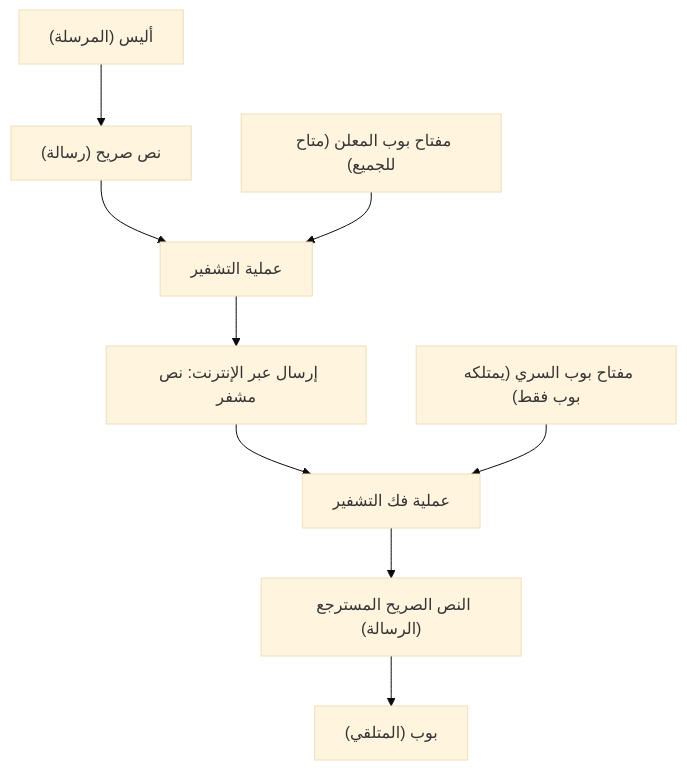
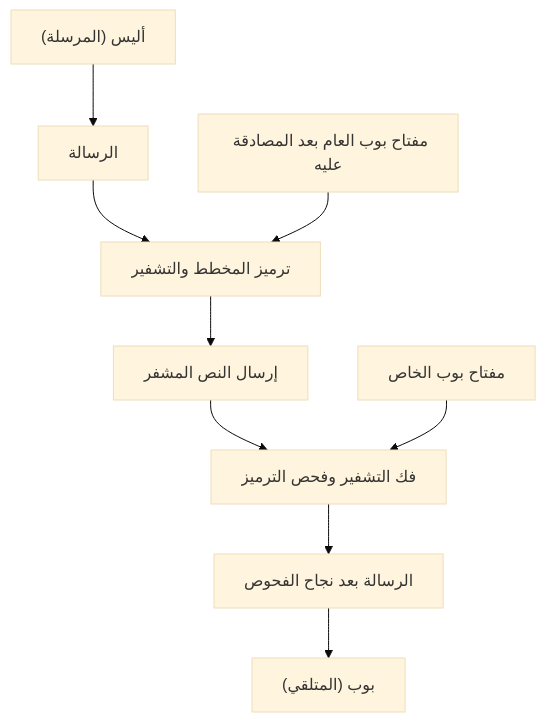
The first of 3 diagrams in content/post/rsa暗号の仕組みを高校生でもわかるように説明する/index.ar.md (kenjinote/blog), drawn with Mermaid (base theme) before and after one commit. The commit also changed other lines of this file and 5 other files, not shown here.

````diff
--- a/content/post/rsa暗号の仕組みを高校生でもわかるように説明する/index.ar.md
+++ b/content/post/rsa暗号の仕組みを高校生でもわかるように説明する/index.ar.md
@@ -45,11 +23,11 @@
 ```mermaid
 graph TD
-    A["أليس (المرسلة)"] --> B["نص صريح (رسالة)"]
-    B --> C["عملية التشفير"]
-    D["مفتاح بوب المعلن (متاح للجميع)"] --> C
-    C --> E["إرسال عبر الإنترنت: نص مشفر"]
-    E --> F["عملية فك التشفير"]
-    G["مفتاح بوب السري (يمتلكه بوب فقط)"] --> F
-    F --> H["النص الصريح المسترجع (الرسالة)"]
+    A["أليس (المرسلة)"] --> B["الرسالة"]
+    B --> C["ترميز المخطط والتشفير"]
+    D["مفتاح بوب العام بعد المصادقة عليه"] --> C
+    C --> E["إرسال النص المشفر"]
+    E --> F["فك التشفير وفحص الترميز"]
+    G["مفتاح بوب الخاص"] --> F
+    F --> H["الرسالة بعد نجاح الفحوص"]
     H --> I["بوب (المتلقي)"]
 ```
````
